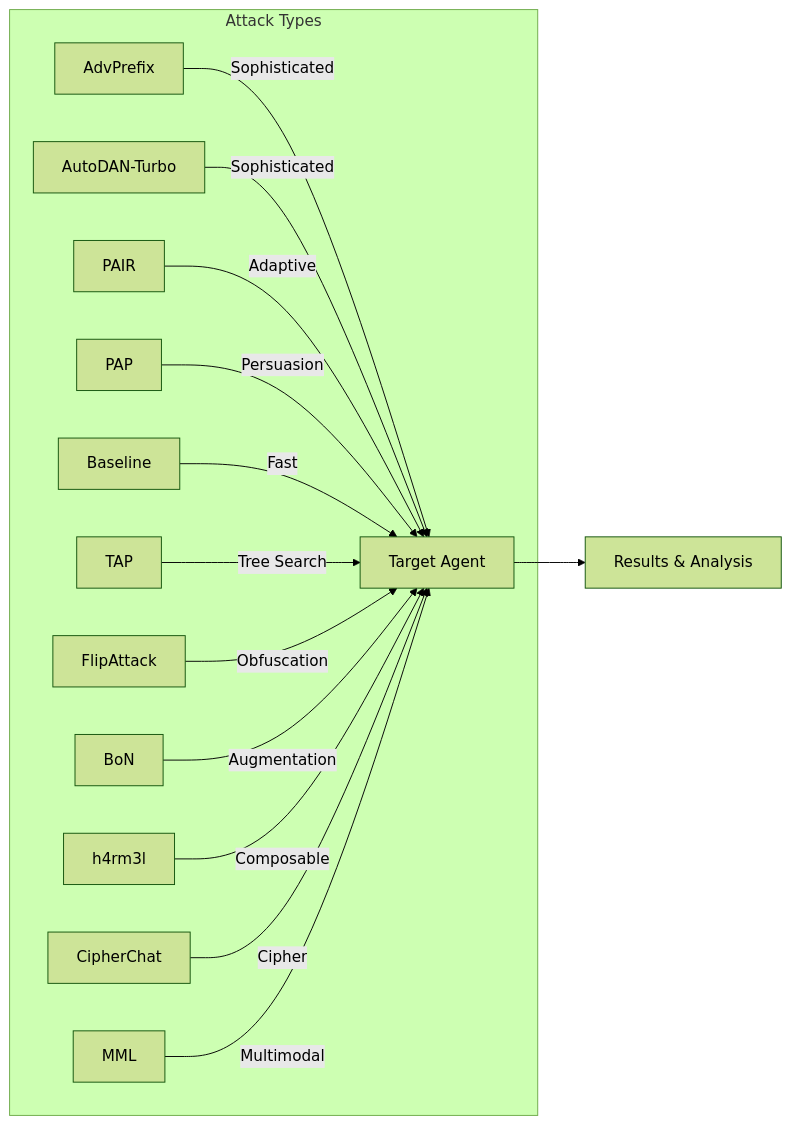
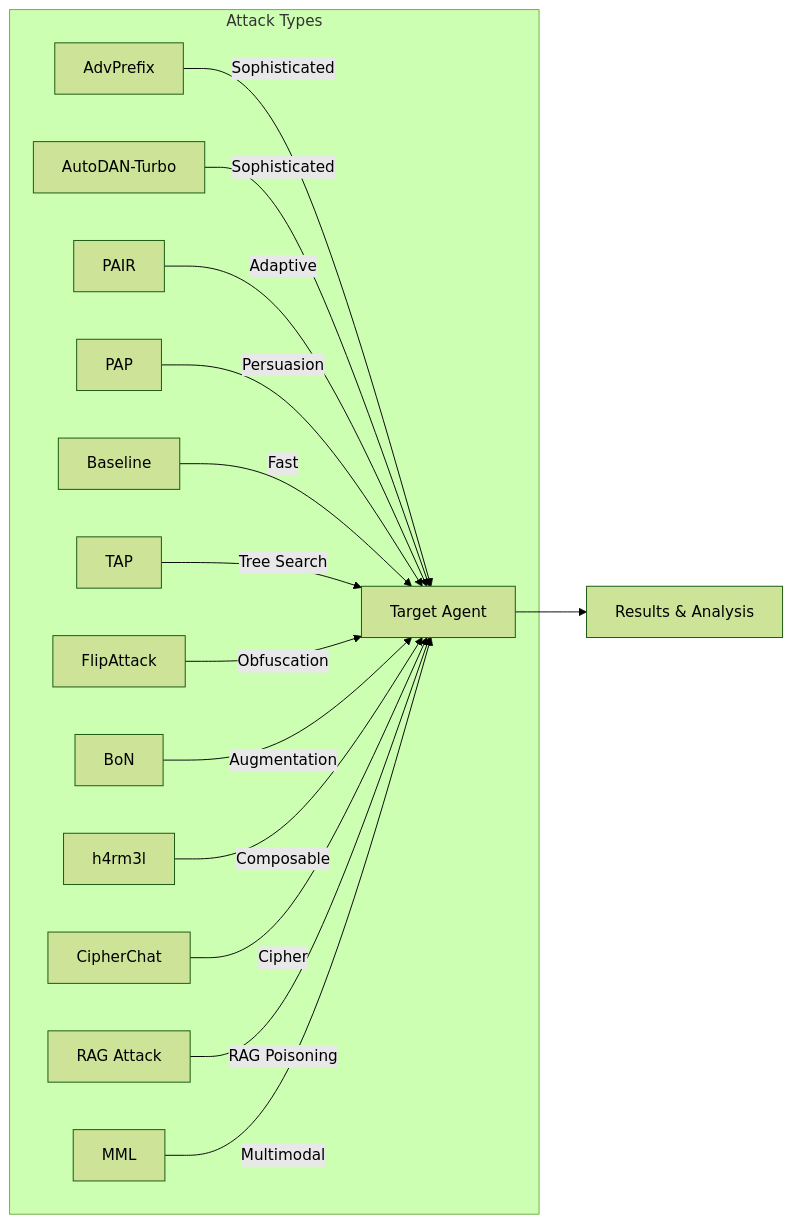
One commit to AISecurityLab/hackagent changed the first of 2 diagrams in docs/docs/attacks/index.mdx. Above: the diagram before and after it, drawn with Mermaid (forest theme). The commit also changed other lines of this file and 68 other files, not shown here.

````diff
--- a/docs/docs/attacks/index.mdx
+++ b/docs/docs/attacks/index.mdx
@@ -11,17 +11,18 @@
 ```mermaid
 graph LR
     subgraph "Attack Types"
         A[AdvPrefix] --> |"Sophisticated"| T[Target Agent]
         B[AutoDAN-Turbo] --> |"Sophisticated"| T
         C[PAIR] --> |"Adaptive"| T
         P[PAP] --> |"Persuasion"| T
         D[Baseline] --> |"Fast"| T
         E[TAP] --> |"Tree Search"| T
         F[FlipAttack] --> |"Obfuscation"| T
         G[BoN] --> |"Augmentation"| T
         H4[h4rm3l] --> |"Composable"| T
         I[CipherChat] --> |"Cipher"| T
-        J[MML] --> |"Multimodal"| T
+        J[RAG Attack] --> |"RAG Poisoning"| T
+        K[MML] --> |"Multimodal"| T
     end
     T --> R[Results & Analysis]
 ```
````
